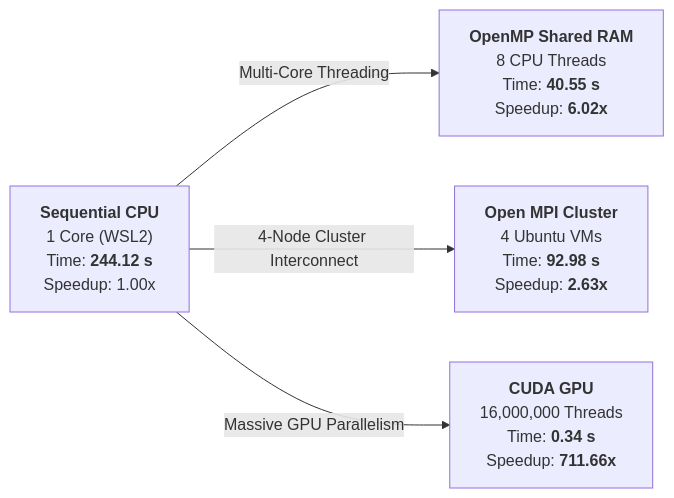
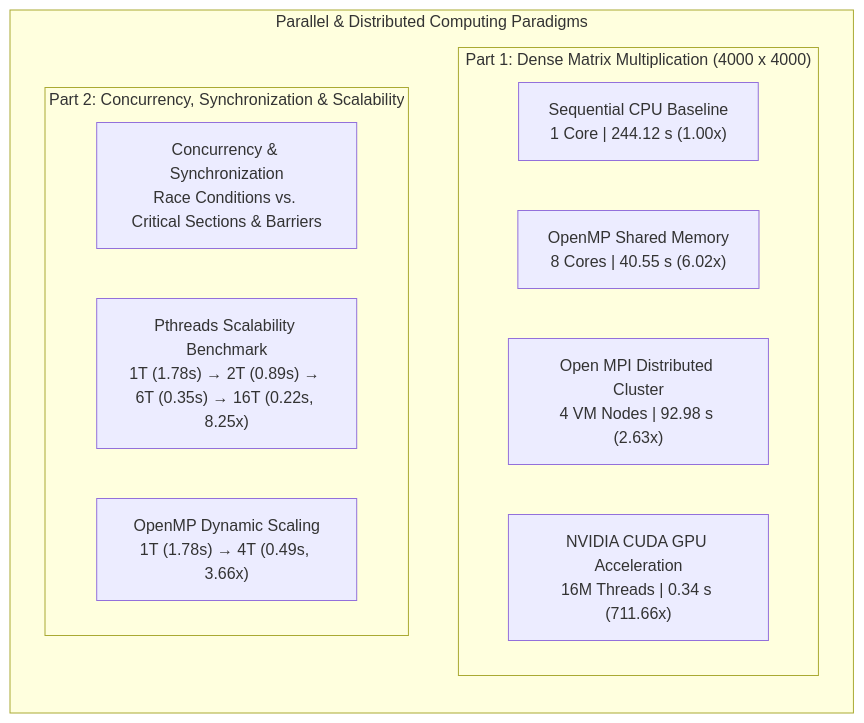
One commit to vageeshmathad/Parallel-and-GPU-Computing changed the first of 2 diagrams in README.md. Above: the diagram before and after it, drawn with Mermaid. The commit also changed other lines of this file and 11 other files, not shown here.

Commit message:
docs: master all-in-one comparative analysis with standalone screenshots, architectural roadmap, and deep technical descriptions

````diff
--- a/README.md
+++ b/README.md
@@ -321,6 +20,19 @@
 ```mermaid
-flowchart LR
-    A["<b>Sequential CPU</b><br>1 Core (WSL2)<br>Time: <b>244.12 s</b><br>Speedup: 1.00x"] -->|Multi-Core Threading| B["<b>OpenMP Shared RAM</b><br>8 CPU Threads<br>Time: <b>40.55 s</b><br>Speedup: <b>6.02x</b>"]
-    A -->|4-Node Cluster Interconnect| C["<b>Open MPI Cluster</b><br>4 Ubuntu VMs<br>Time: <b>92.98 s</b><br>Speedup: <b>2.63x</b>"]
-    A -->|Massive GPU Parallelism| D["<b>CUDA GPU</b><br>16,000,000 Threads<br>Time: <b>0.34 s</b><br>Speedup: <b>711.66x</b>"]
+flowchart TD
+    subgraph Repo["Parallel & Distributed Computing Paradigms"]
+        direction TB
+        
+        subgraph Part1["Part 1: Dense Matrix Multiplication (4000 x 4000)"]
+            A1["Sequential CPU Baseline<br>1 Core | 244.12 s (1.00x)"]
+            A2["OpenMP Shared Memory<br>8 Cores | 40.55 s (6.02x)"]
+            A3["Open MPI Distributed Cluster<br>4 VM Nodes | 92.98 s (2.63x)"]
+            A4["NVIDIA CUDA GPU Acceleration<br>16M Threads | 0.34 s (711.66x)"]
+        end
+        
+        subgraph Part2["Part 2: Concurrency, Synchronization & Scalability"]
+            B1["Concurrency & Synchronization<br>Race Conditions vs. Critical Sections & Barriers"]
+            B2["Pthreads Scalability Benchmark<br>1T (1.78s) → 2T (0.89s) → 6T (0.35s) → 16T (0.22s, 8.25x)"]
+            B3["OpenMP Dynamic Scaling<br>1T (1.78s) → 4T (0.49s, 3.66x)"]
+        end
+    end
 ```
````
